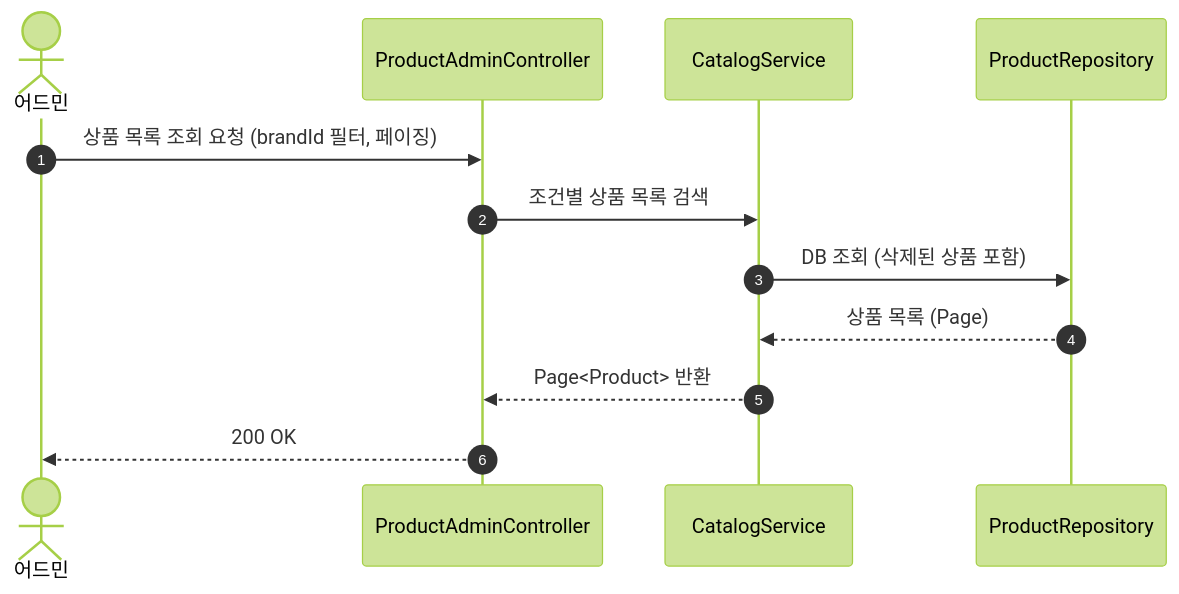
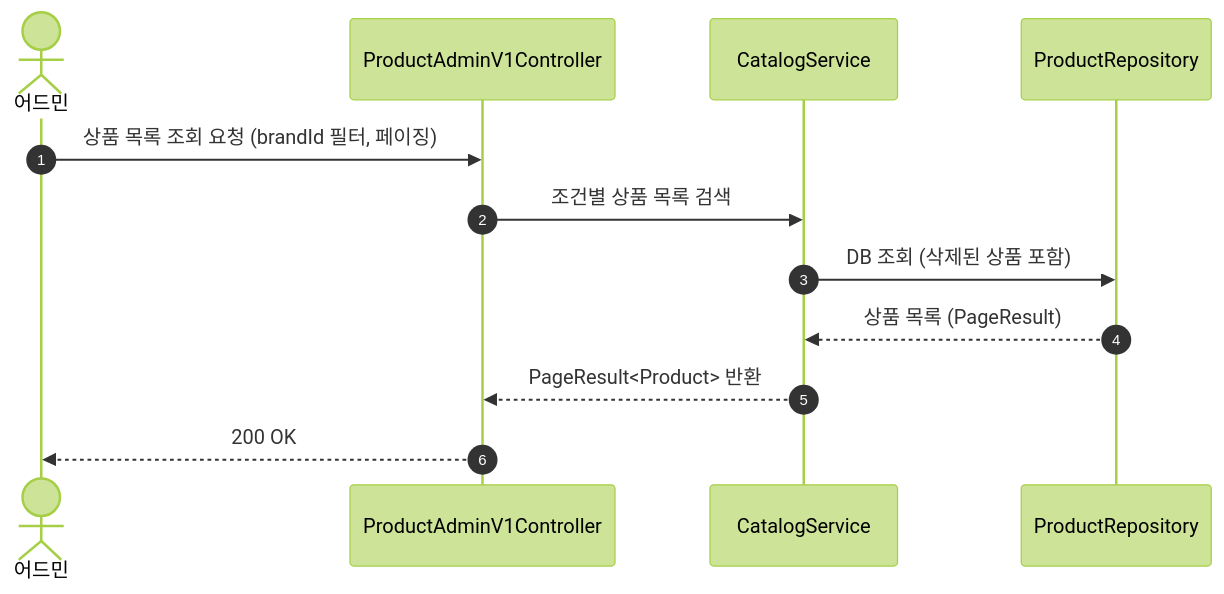
Before and after one commit to Loopers-dev-lab/loop-pack-be-l2-vol3-kotlin: the tenth of 26 diagrams in docs/design/02-sequence-diagrams.md, drawn with Mermaid (forest theme). The commit also changed other lines of this file and 7 other files, not shown here.

````diff
--- a/docs/design/02-sequence-diagrams.md
+++ b/docs/design/02-sequence-diagrams.md
@@ -234,14 +266,14 @@
 ```mermaid
 sequenceDiagram
     autonumber
     actor Admin as 어드민
-    participant C as ProductAdminController
+    participant C as ProductAdminV1Controller
     participant S as CatalogService
     participant R as ProductRepository
     Admin ->> C: 상품 목록 조회 요청 (brandId 필터, 페이징)
     C ->> S: 조건별 상품 목록 검색
     S ->> R: DB 조회 (삭제된 상품 포함)
-    R -->> S: 상품 목록 (Page)
-    S -->> C: Page<Product> 반환
+    R -->> S: 상품 목록 (PageResult)
+    S -->> C: PageResult<Product> 반환
     C -->> Admin: 200 OK
 ```
````
